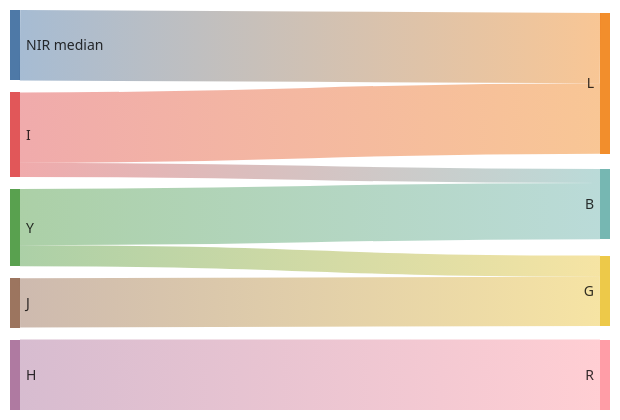
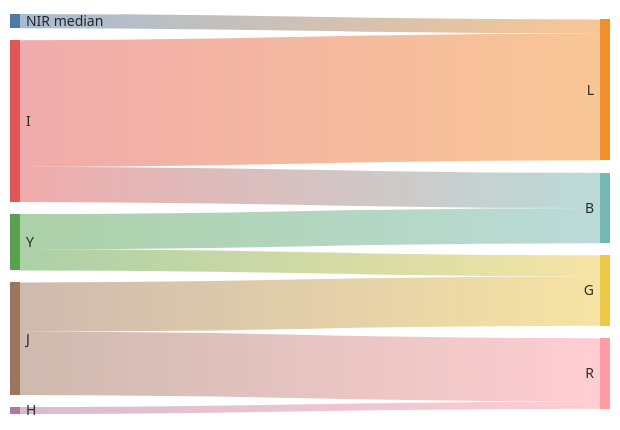
One commit to kabasset/azulero changed the diagram in algo.md. Above: the diagram before and after it, drawn with Mermaid. The commit also changed other lines of this file, not shown here.

Commit message:
DOC: Update default parameters in algo.md

````diff
--- a/algo.md
+++ b/algo.md
@@ -6,16 +6,17 @@
 ```mermaid
 ---
 config:
   sankey:
     showValues: false
 ---
 sankey-beta
 
-NIR median,L,100
-I,L,100
-I,B,20
+NIR median,L,20
+I,L,180
+I,B,50
 Y,G,30
-Y,B,80
-H,R,100
+Y,B,50
+H,R,10
 J,G,70
+J,R,90
 ```
````
